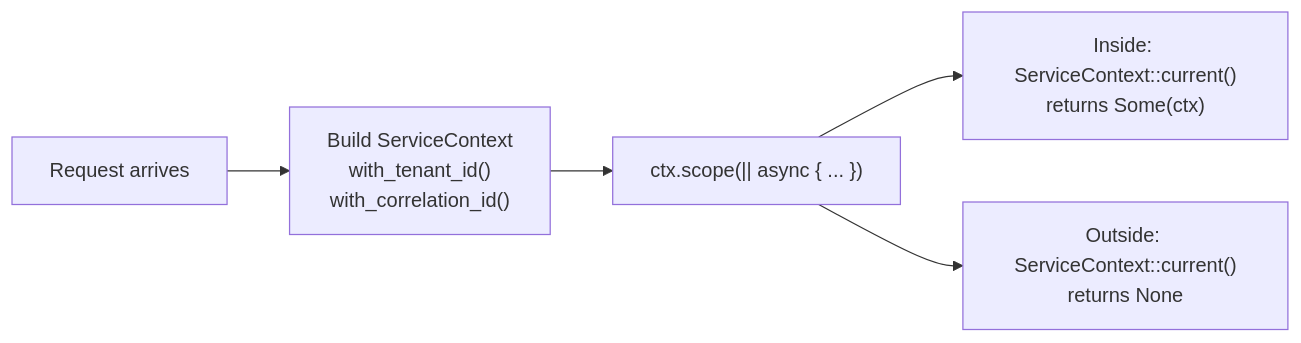
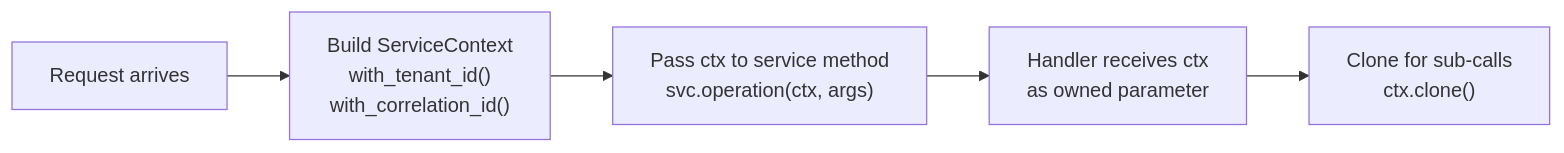
The sixth of 11 diagrams in COOKBOOK.md (pablogore/ego-rs), drawn with Mermaid before and after one commit. The commit also changed other lines of this file and 39 other files, not shown here.

First line of the commit message:
refactor(CORE-010A): remove ambient ServiceContext, enforce explicit propagation

````diff
--- a/COOKBOOK.md
+++ b/COOKBOOK.md
@@ -272,7 +272,7 @@
 ```mermaid
 flowchart LR
     A["Request arrives"] --> B["Build ServiceContext<br/>with_tenant_id()<br/>with_correlation_id()"]
-    B --> C["ctx.scope(|| async { ... })"]
-    C --> D["Inside: ServiceContext::current()<br/>returns Some(ctx)"]
-    C --> E["Outside: ServiceContext::current()<br/>returns None"]
+    B --> C["Pass ctx to service method<br/>svc.operation(ctx, args)"]
+    C --> D["Handler receives ctx<br/>as owned parameter"]
+    D --> E["Clone for sub-calls<br/>ctx.clone()"]
 ```
````
